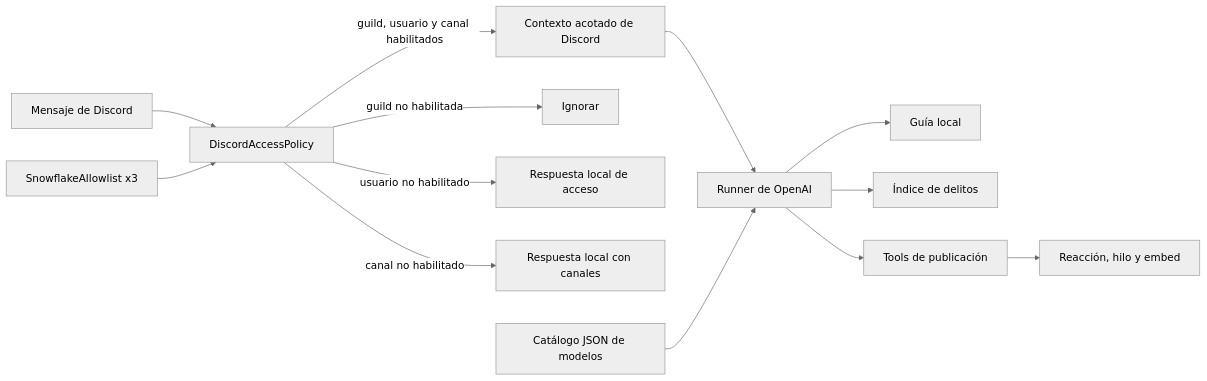
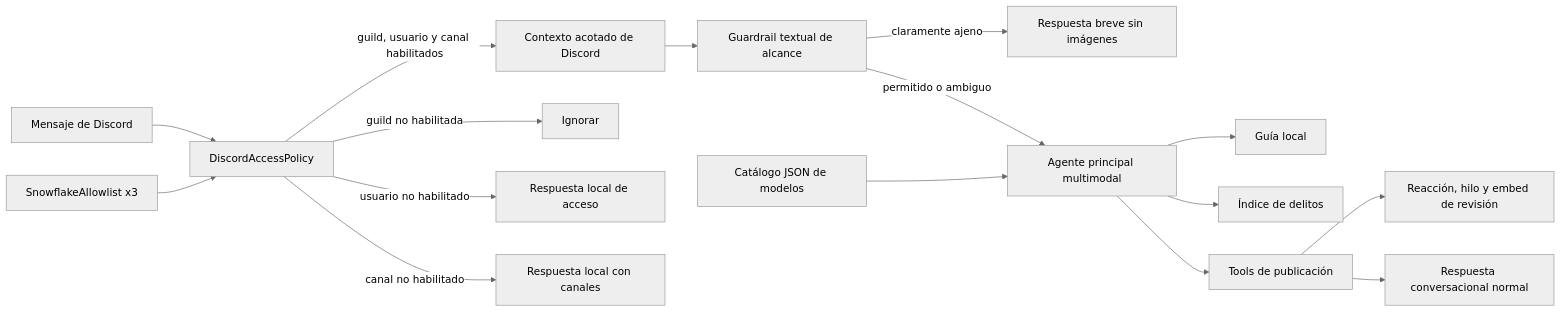
One commit to SouthViking/arrest-report-agent changed the diagram in docs/ARCHITECTURE.md. Above: the diagram before and after it, drawn with Mermaid (neutral theme). The commit also changed other lines of this file and 15 other files, not shown here.

````diff
--- a/docs/ARCHITECTURE.md
+++ b/docs/ARCHITECTURE.md
@@ -5,15 +5,18 @@
 ```mermaid
 flowchart LR
     M["Mensaje de Discord"] --> T["DiscordAccessPolicy"]
     A["SnowflakeAllowlist x3"] --> T
     T -->|"guild, usuario y canal habilitados"| C["Contexto acotado de Discord"]
     T -->|"guild no habilitada"| I["Ignorar"]
     T -->|"usuario no habilitado"| U["Respuesta local de acceso"]
     T -->|"canal no habilitado"| W["Respuesta local con canales"]
-    C --> R["Runner de OpenAI"]
+    C --> S["Guardrail textual de alcance"]
+    S -->|"claramente ajeno"| O["Respuesta breve sin imágenes"]
+    S -->|"permitido o ambiguo"| R["Agente principal multimodal"]
     J["Catálogo JSON de modelos"] --> R
     R --> G["Guía local"]
     R --> D["Índice de delitos"]
     R --> P["Tools de publicación"]
-    P --> X["Reacción, hilo y embed"]
+    P --> X["Reacción, hilo y embed de revisión"]
+    P --> N["Respuesta conversacional normal"]
 ```
````
